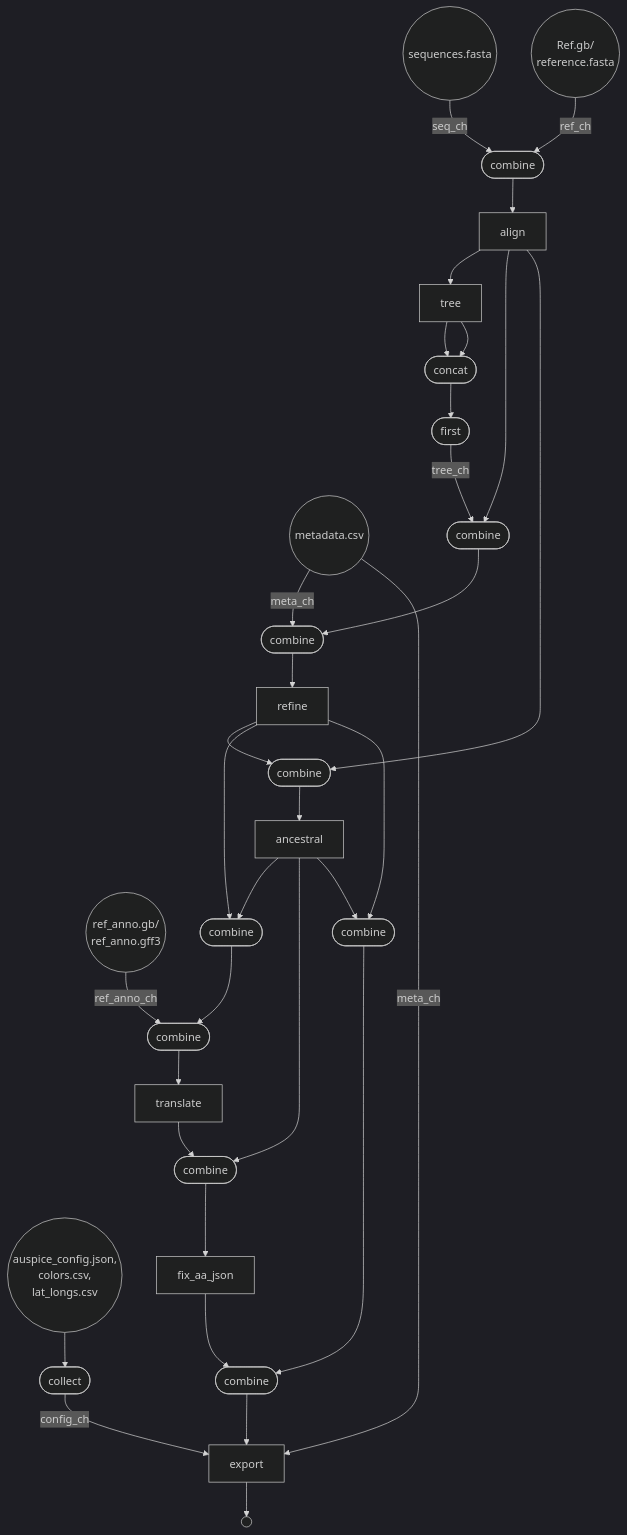
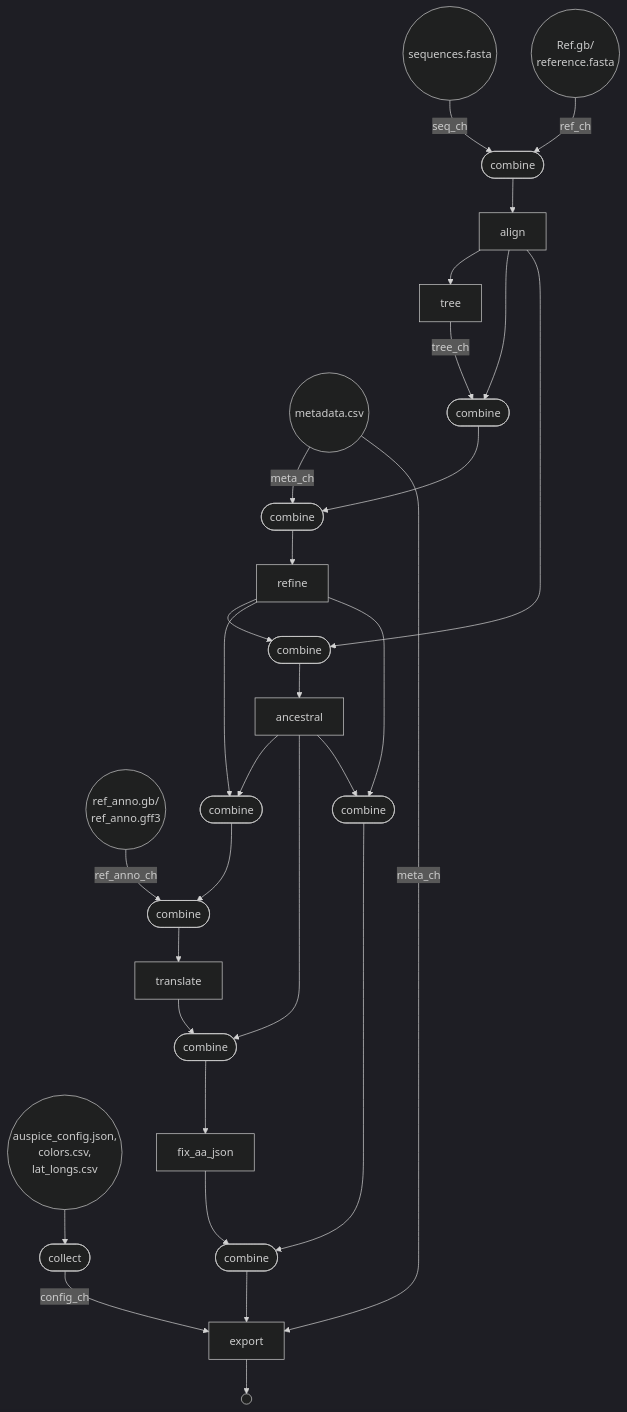
The diagram in README.md (BCCDC-PHL/fluflo), drawn with Mermaid (dark theme) before and after one commit. The commit also changed other lines of this file, not shown here.

Commit message:
Update mermaid diagram

````diff
--- a/README.md
+++ b/README.md
@@ -132,65 +136,60 @@
 ```mermaid
 flowchart TD
     p0((sequences.fasta))
     p1((Ref.gb/
     reference.fasta))
     p2((metadata.csv))
     p3((auspice_config.json,
     colors.csv,
     lat_longs.csv))
     p4([collect])
     p5((ref_anno.gb/
     ref_anno.gff3))
     p6([combine])
     p7[align]
     p8[tree]
-    p9([concat])
-    p10([first])
     p11([combine])
     p12([combine])
     p13[refine]
     p14([combine])
     p15[ancestral]
     p16([combine])
     p17([combine])
     p18[translate]
     p19([combine])
     p20[fix_aa_json]
     p21([combine])
     p22([combine])
     p23[export]
     p24(( ))
     p0 -->|seq_ch| p6
     p1 -->|ref_ch| p6
     p2 -->|meta_ch| p12
     p3 --> p4
     p4 -->|config_ch| p23
     p5 -->|ref_anno_ch| p17
     p6 --> p7
     p7 --> p8
-    p8 --> p9
-    p8 --> p9
-    p9 --> p10
-    p10 -->|tree_ch| p11
+    p8 -->|tree_ch| p11
     p7 --> p11
     p11 --> p12
     p12 --> p13
     p13 --> p14
     p7 --> p14
     p14 --> p15
     p15 --> p16
     p13 --> p16
     p16 --> p17
     p17 --> p18
     p18 --> p19
     p15 --> p19
     p19 --> p20
     p20 --> p22
     p13 --> p21
     p15 --> p21
     p21 --> p22
     p22 --> p23
     p2 -->|meta_ch| p23
     p23 --> p24
 
 ```
````
